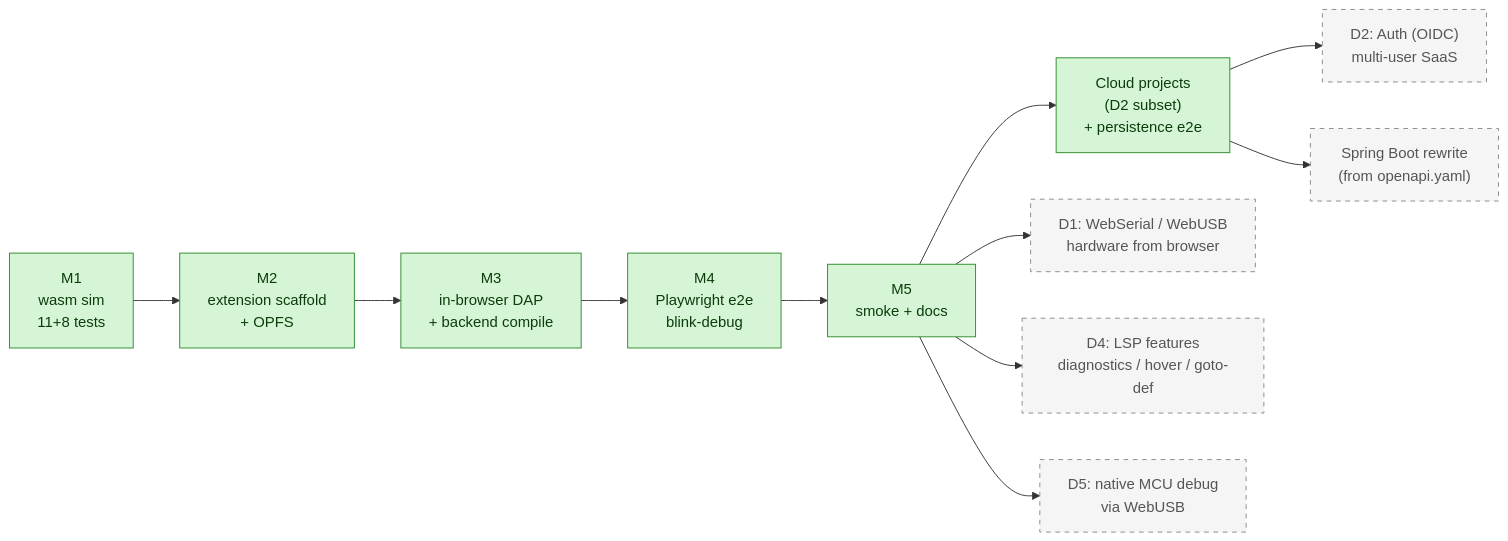
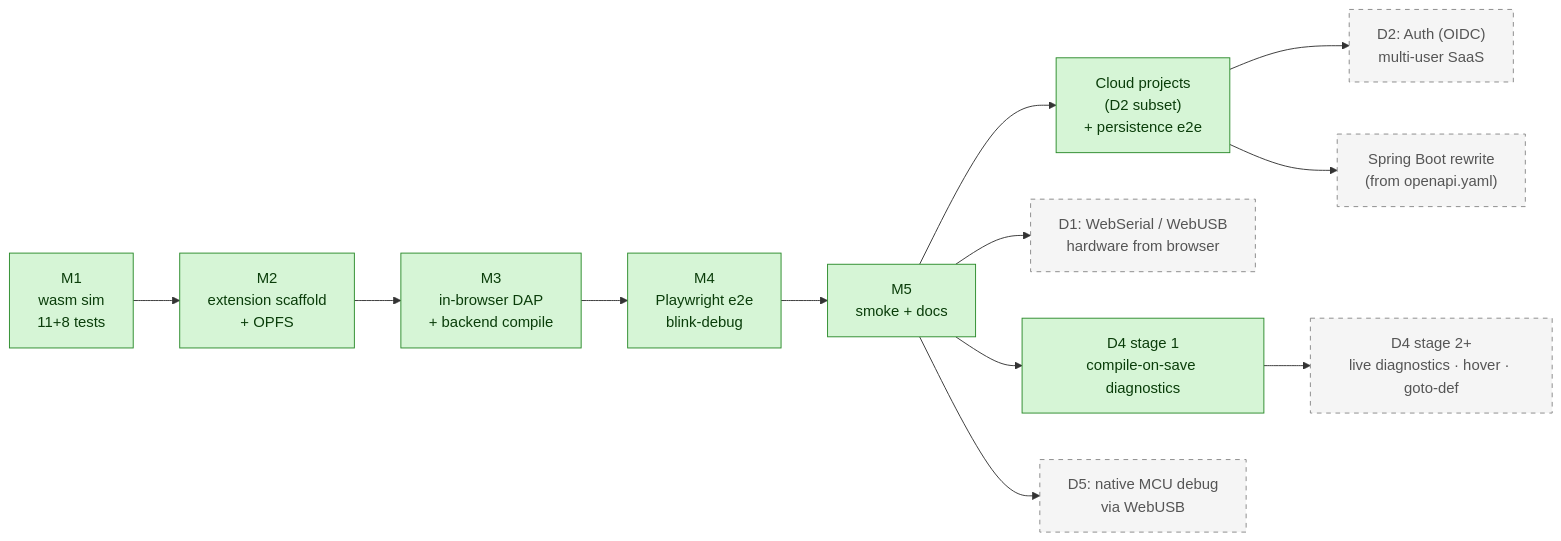
One commit to jdesbonnet/codex_experiment_06 changed the second of 5 diagrams in docs/architecture.md. Above: the diagram before and after it, drawn with Mermaid. The commit also changed 7 other files, not shown here.

First line of the commit message:
Compile-on-save diagnostics for .cvm.c and .vm sources (D4 stage 1)

````diff
--- a/docs/architecture.md
+++ b/docs/architecture.md
@@ -85,26 +85,27 @@
 ```mermaid
 flowchart LR
     classDef shipped fill:#d6f5d6,stroke:#2a8a2a,color:#0a3d0a
     classDef planned fill:#f5f5f5,stroke:#888,color:#555,stroke-dasharray: 5 5
 
     M1["M1<br/>wasm sim<br/>11+8 tests"]:::shipped
     M2["M2<br/>extension scaffold<br/>+ OPFS"]:::shipped
     M3["M3<br/>in-browser DAP<br/>+ backend compile"]:::shipped
     M4["M4<br/>Playwright e2e<br/>blink-debug"]:::shipped
     M5["M5<br/>smoke + docs"]:::shipped
 
     CS["Cloud projects<br/>(D2 subset)<br/>+ persistence e2e"]:::shipped
 
     D1["D1: WebSerial / WebUSB<br/>hardware from browser"]:::planned
     D2auth["D2: Auth (OIDC)<br/>multi-user SaaS"]:::planned
-    D4["D4: LSP features<br/>diagnostics / hover / goto-def"]:::planned
+    D4a["D4 stage 1<br/>compile-on-save diagnostics"]:::shipped
+    D4["D4 stage 2+<br/>live diagnostics · hover · goto-def"]:::planned
     D5["D5: native MCU debug<br/>via WebUSB"]:::planned
     SB["Spring Boot rewrite<br/>(from openapi.yaml)"]:::planned
 
     M1 --> M2 --> M3 --> M4 --> M5 --> CS
     CS --> D2auth
     CS --> SB
     M5 --> D1
-    M5 --> D4
+    M5 --> D4a --> D4
     M5 --> D5
 ```
````
